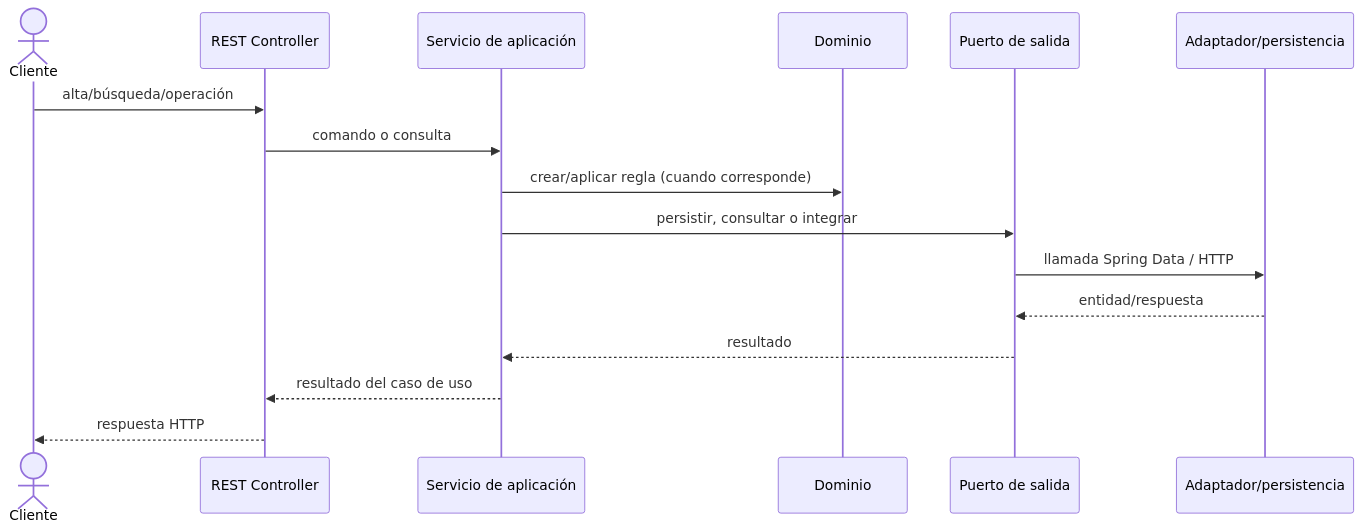
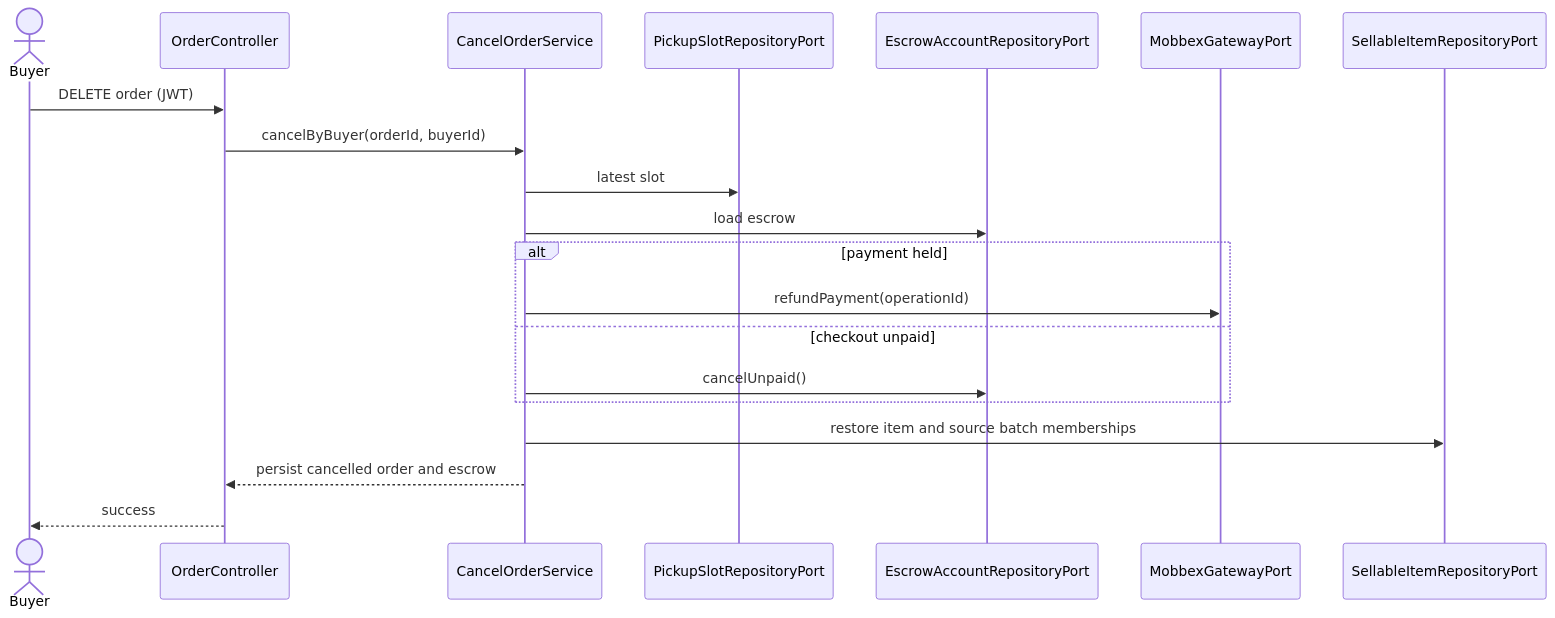
The third of 6 diagrams in docs/ARCHITECTURE_DIAGRAMS.md (elufka/software-muvix-backend), drawn with Mermaid before and after one commit. The commit also changed other lines of this file and 31 other files, not shown here.

````diff
--- a/docs/ARCHITECTURE_DIAGRAMS.md
+++ b/docs/ARCHITECTURE_DIAGRAMS.md
@@ -38,18 +60,22 @@
 ```mermaid
 sequenceDiagram
-  actor Cliente
-  participant API as REST Controller
-  participant Caso as Servicio de aplicación
-  participant Dominio
-  participant Puerto as Puerto de salida
-  participant DB as Adaptador/persistencia
-  Cliente->>API: alta/búsqueda/operación
-  API->>Caso: comando o consulta
-  Caso->>Dominio: crear/aplicar regla (cuando corresponde)
-  Caso->>Puerto: persistir, consultar o integrar
-  Puerto->>DB: llamada Spring Data / HTTP
-  DB-->>Puerto: entidad/respuesta
-  Puerto-->>Caso: resultado
-  Caso-->>API: resultado del caso de uso
-  API-->>Cliente: respuesta HTTP
+  actor Buyer
+  participant API as OrderController
+  participant Cancel as CancelOrderService
+  participant Slot as PickupSlotRepositoryPort
+  participant Escrow as EscrowAccountRepositoryPort
+  participant Mobbex as MobbexGatewayPort
+  participant Inventory as SellableItemRepositoryPort
+  Buyer->>API: DELETE order (JWT)
+  API->>Cancel: cancelByBuyer(orderId, buyerId)
+  Cancel->>Slot: latest slot
+  Cancel->>Escrow: load escrow
+  alt payment held
+    Cancel->>Mobbex: refundPayment(operationId)
+  else checkout unpaid
+    Cancel->>Escrow: cancelUnpaid()
+  end
+  Cancel->>Inventory: restore item and source batch memberships
+  Cancel-->>API: persist cancelled order and escrow
+  API-->>Buyer: success
 ```
````
